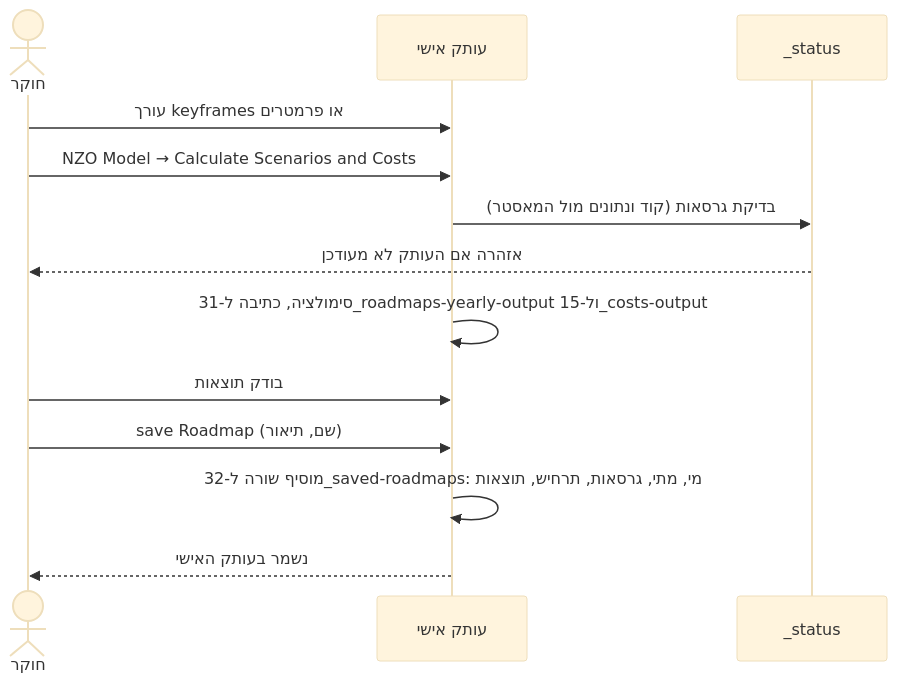
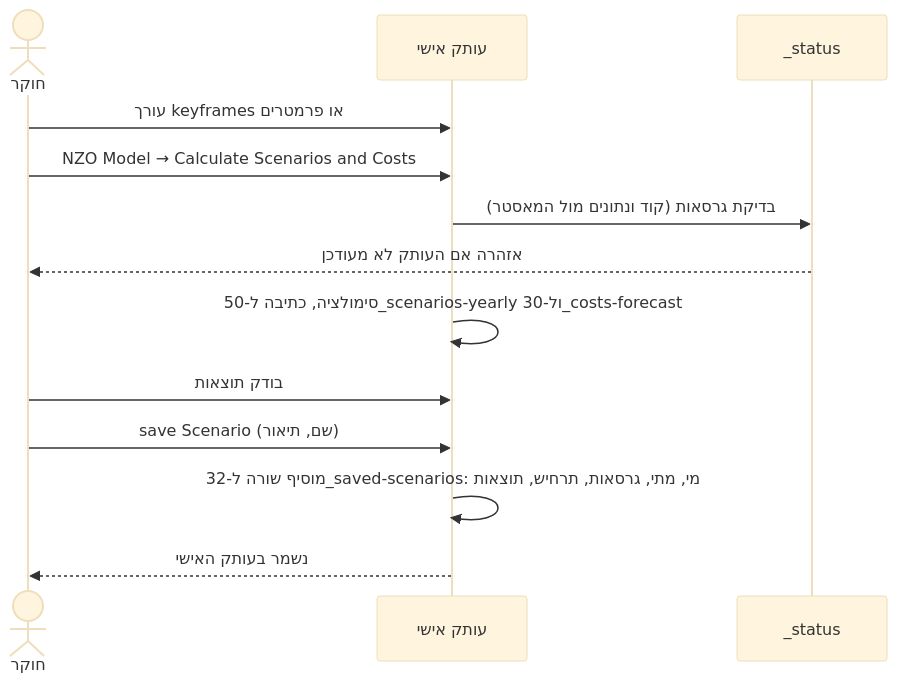
One commit to NZO-ENERGY-THINK-TANK/nzo_model changed the third of 5 diagrams in docs/NZO_collaboration_design.md. Above: the diagram before and after it, drawn with Mermaid (base theme). The commit also changed other lines of this file and 18 other files, not shown here.

````diff
--- a/docs/NZO_collaboration_design.md
+++ b/docs/NZO_collaboration_design.md
@@ -112,16 +112,16 @@
 ```mermaid
 sequenceDiagram
     actor R as חוקר
     participant C as עותק אישי
     participant S as _status
 
     R->>C: עורך keyframes או פרמטרים
     R->>C: NZO Model → Calculate Scenarios and Costs
     C->>S: בדיקת גרסאות (קוד ונתונים מול המאסטר)
     S-->>R: אזהרה אם העותק לא מעודכן
-    C->>C: סימולציה, כתיבה ל-31_roadmaps-yearly-output ול-15_costs-output
+    C->>C: סימולציה, כתיבה ל-50_scenarios-yearly ול-30_costs-forecast
     R->>C: בודק תוצאות
-    R->>C: save Roadmap (שם, תיאור)
-    C->>C: מוסיף שורה ל-32_saved-roadmaps: מי, מתי, גרסאות, תרחיש, תוצאות
+    R->>C: save Scenario (שם, תיאור)
+    C->>C: מוסיף שורה ל-32_saved-scenarios: מי, מתי, גרסאות, תרחיש, תוצאות
     C-->>R: נשמר בעותק האישי
 ```
````
